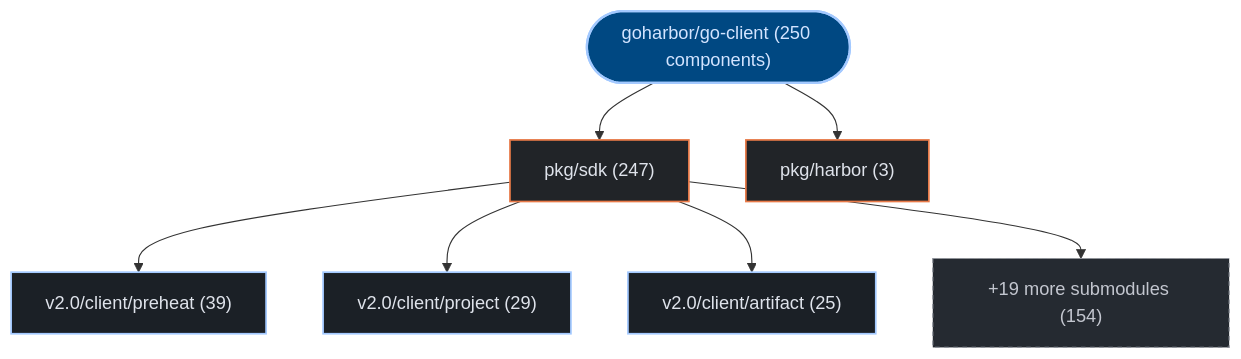
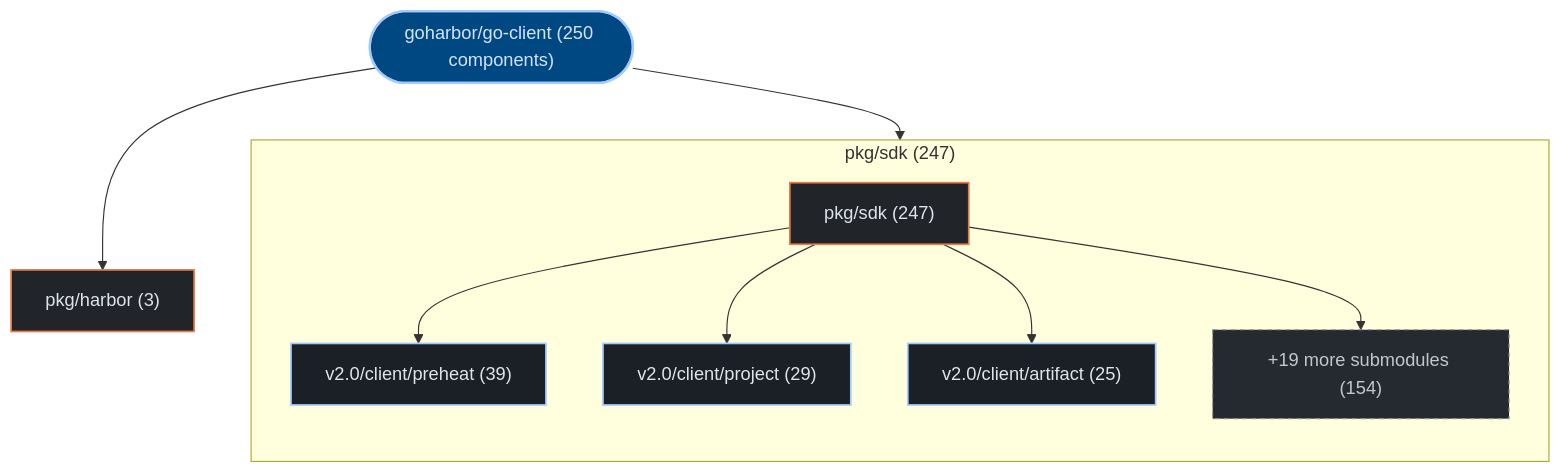
One commit to kumarshaz/atruss-code-atlas changed the first of 3 diagrams in exports/latest/reports/goharbor-go-client-report.md. Above: the diagram before and after it, drawn with Mermaid. The commit also changed 178 other files, not shown here.

Commit message:
feat(ui,mermaid): upgrade to mermaid v12 + ELK layout, add orgs-summary + pagination, subgraph building blocks, fix tab alignment

````diff
--- a/exports/latest/reports/goharbor-go-client-report.md
+++ b/exports/latest/reports/goharbor-go-client-report.md
@@ -42,23 +42,26 @@
 ```mermaid
 graph TD;
   classDef atlasRoot fill:#004882,stroke:#a3c9ff,stroke-width:2px,color:#d3e4ff
   classDef atlasCategory fill:#212428,stroke:#E87A48,stroke-width:1.5px,color:#dfe3eb
   classDef atlasWorkflow fill:#1b2026,stroke:#a3c9ff,stroke-width:1.5px,color:#dfe3eb
   classDef atlasJob fill:#171c22,stroke:#8d9199,stroke-width:1px,color:#dfe3eb
   classDef atlasTarget fill:#005227,stroke:#8bd99b,stroke-width:1.5px,color:#a7f6b6
   classDef atlasAlert fill:#93000a,stroke:#ffb4ab,stroke-width:1.5px,color:#ffdad6
   classDef atlasMore fill:#252a31,stroke:#8d9199,stroke-dasharray:4 4,color:#c3c6cf
     repo_root(["goharbor/go-client (250 components)"]):::atlasRoot
-    dir_0_pkg_sdk["pkg/sdk (247)"]:::atlasCategory
+    subgraph sg_dir_0_pkg_sdk["pkg/sdk (247)"]
+      direction TB
+      dir_0_pkg_sdk["pkg/sdk (247)"]:::atlasCategory
+      sub_0_0_v2_0_client_preheat["v2.0/client/preheat (39)"]:::atlasWorkflow
+      dir_0_pkg_sdk --> sub_0_0_v2_0_client_preheat
+      sub_0_1_v2_0_client_project["v2.0/client/project (29)"]:::atlasWorkflow
+      dir_0_pkg_sdk --> sub_0_1_v2_0_client_project
+      sub_0_2_v2_0_client_artifact["v2.0/client/artifact (25)"]:::atlasWorkflow
+      dir_0_pkg_sdk --> sub_0_2_v2_0_client_artifact
+      sub_0_more["+19 more submodules (154)"]:::atlasMore
+      dir_0_pkg_sdk --> sub_0_more
+    end
     repo_root --> dir_0_pkg_sdk
-    sub_0_0_v2_0_client_preheat["v2.0/client/preheat (39)"]:::atlasWorkflow
-    dir_0_pkg_sdk --> sub_0_0_v2_0_client_preheat
-    sub_0_1_v2_0_client_project["v2.0/client/project (29)"]:::atlasWorkflow
-    dir_0_pkg_sdk --> sub_0_1_v2_0_client_project
-    sub_0_2_v2_0_client_artifact["v2.0/client/artifact (25)"]:::atlasWorkflow
-    dir_0_pkg_sdk --> sub_0_2_v2_0_client_artifact
-    sub_0_more["+19 more submodules (154)"]:::atlasMore
-    dir_0_pkg_sdk --> sub_0_more
     dir_1_pkg_harbor["pkg/harbor (3)"]:::atlasCategory
     repo_root --> dir_1_pkg_harbor
 ```
````
